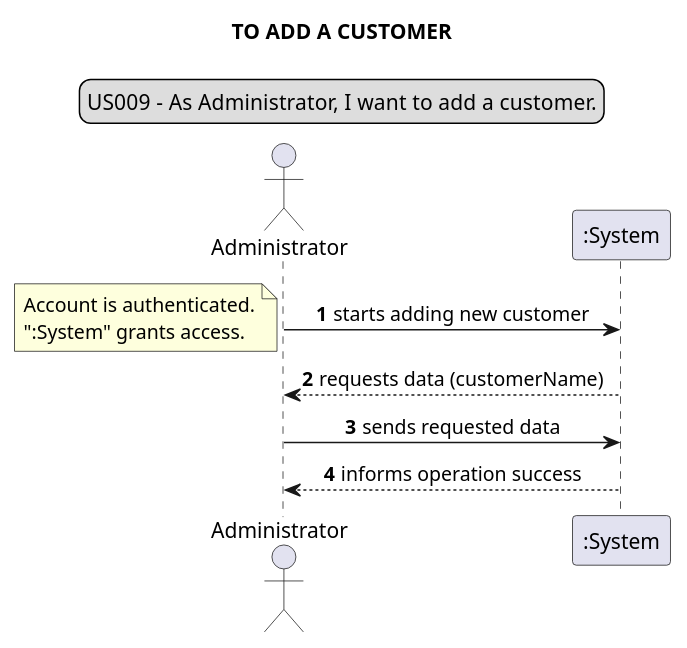
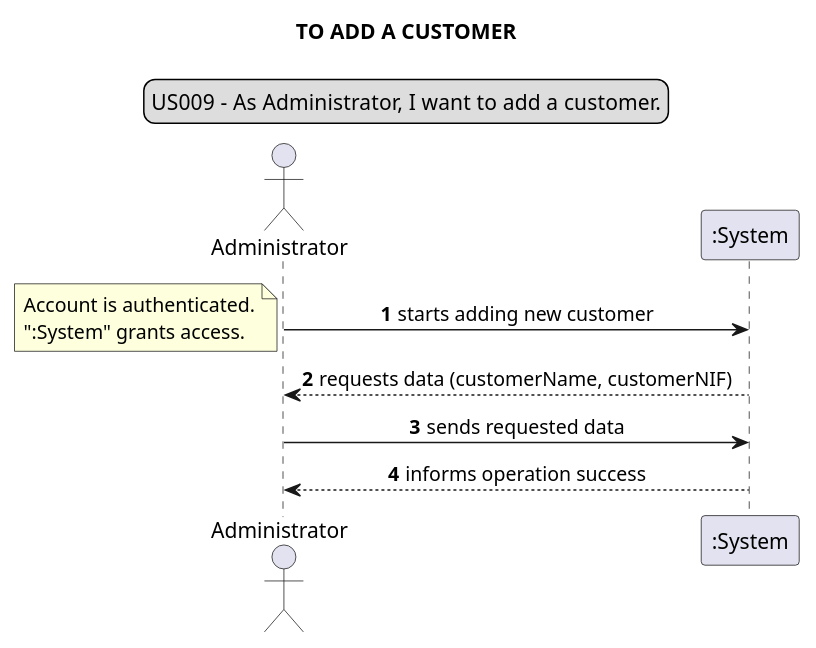
The ninth of 37 diagrams in docs/requirements_gathering/system_sequence_diagrams/systemSequenceDiagram.puml (Loracline/project_switch_22-23), drawn with PlantUML before and after one commit. The commit also changed other lines of this file and 7 other files, not shown here.

Commit message:
No US number: Design: SSD's | Update System Sequence Diagram and png files according to new version

```diff
--- a/docs/requirements_gathering/system_sequence_diagrams/systemSequenceDiagram.puml
+++ b/docs/requirements_gathering/system_sequence_diagrams/systemSequenceDiagram.puml
@@ -150,17 +150,17 @@
 @startuml
 legend top
 US009 - As Administrator, I want to add a customer.
 end legend
 skinparam sequenceMessageAlign center
 title TO ADD A CUSTOMER
 actor "Administrator"
 autonumber
 Administrator -> ":System": starts adding new customer
 note left
 Account is authenticated.
 ":System" grants access.
 end note
-Administrator <-- ":System": requests data (customerName)
+Administrator <-- ":System": requests data (customerName, customerNIF)
 Administrator-> ":System": sends requested data
 Administrator <-- ":System":informs operation success
 @enduml
```
